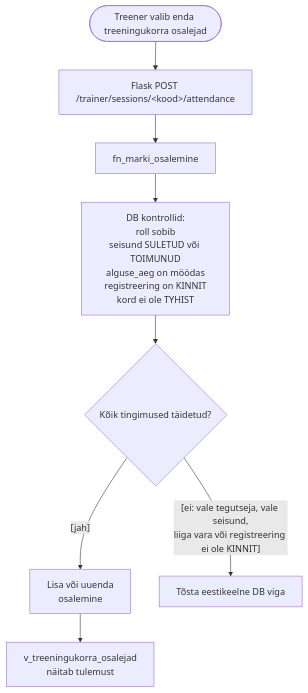
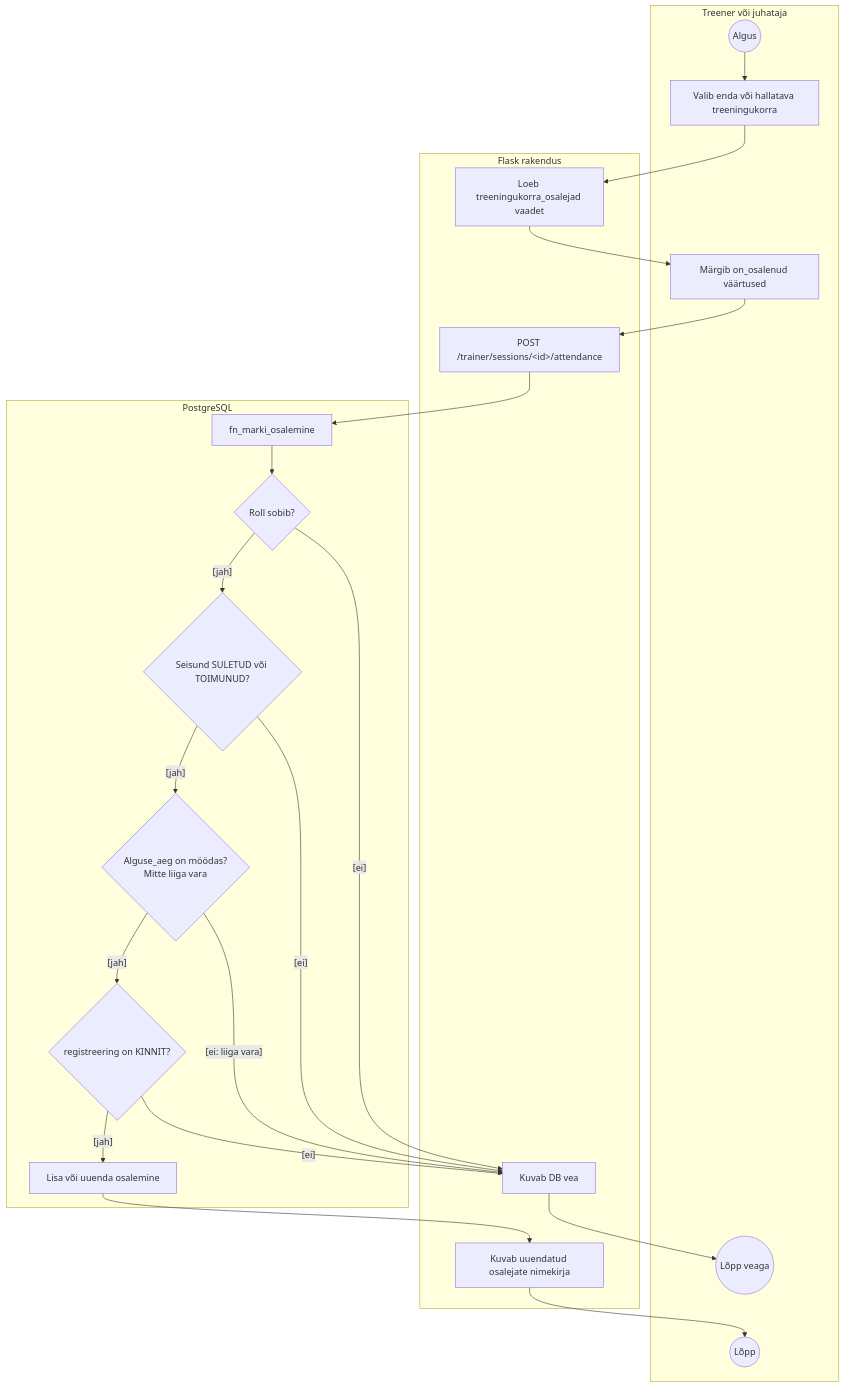
Before and after one commit to tamkivi/andmebaasid-projekt: the diagram in diagrams/10_attendance_activity.mmd, drawn with Mermaid. The commit also changed 29 other files, not shown here.

```diff
--- a/diagrams/10_attendance_activity.mmd
+++ b/diagrams/10_attendance_activity.mmd
@@ -1,13 +1,35 @@
 flowchart TB
-    START([Treener valib enda treeningukorra osalejad])
-    ROUTE["Flask POST /trainer/sessions/&lt;kood&gt;/attendance"]
-    FN["fn_marki_osalemine"]
-    CHECKS["DB kontrollid:\nroll sobib\nseisund SULETUD või TOIMUNUD\nalguse_aeg on möödas\nregistreering on KINNIT\nkord ei ole TYHIST"]
-    OK{"Kõik tingimused täidetud?"}
-    SAVE["Lisa või uuenda\nosalemine"]
-    ERR["Tõsta eestikeelne DB viga"]
-    VIEW["v_treeningukorra_osalejad\nnäitab tulemust"]
+    subgraph LANE_T["Treener või juhataja"]
+        START((Algus))
+        CHOOSE["Valib enda või hallatava treeningukorra"]
+        MARK["Märgib on_osalenud väärtused"]
+        ENDOK((Lõpp))
+        ENDERR((Lõpp veaga))
+    end
 
-    START --> ROUTE --> FN --> CHECKS --> OK
-    OK -->|"[jah]"| SAVE --> VIEW
-    OK -->|"[ei: vale tegutseja, vale seisund,\nliiga vara või registreering ei ole KINNIT]"| ERR
+    subgraph LANE_F["Flask rakendus"]
+        ROSTER["Loeb treeningukorra_osalejad vaadet"]
+        ROUTE["POST /trainer/sessions/&lt;id&gt;/attendance"]
+        VIEW["Kuvab uuendatud osalejate nimekirja"]
+        ERR["Kuvab DB vea"]
+    end
+
+    subgraph LANE_DB["PostgreSQL"]
+        FN["fn_marki_osalemine"]
+        ROLE{"Roll sobib?"}
+        STATE{"Seisund SULETUD või TOIMUNUD?"}
+        TIME{"Alguse_aeg on möödas?\nMitte liiga vara"}
+        REG{"registreering on KINNIT?"}
+        SAVE["Lisa või uuenda osalemine"]
+    end
+
+    START --> CHOOSE --> ROSTER --> MARK --> ROUTE --> FN --> ROLE
+    ROLE -->|"[jah]"| STATE
+    STATE -->|"[jah]"| TIME
+    TIME -->|"[jah]"| REG
+    REG -->|"[jah]"| SAVE --> VIEW --> ENDOK
+
+    ROLE -->|"[ei]"| ERR --> ENDERR
+    STATE -->|"[ei]"| ERR
+    TIME -->|"[ei: liiga vara]"| ERR
+    REG -->|"[ei]"| ERR
```
